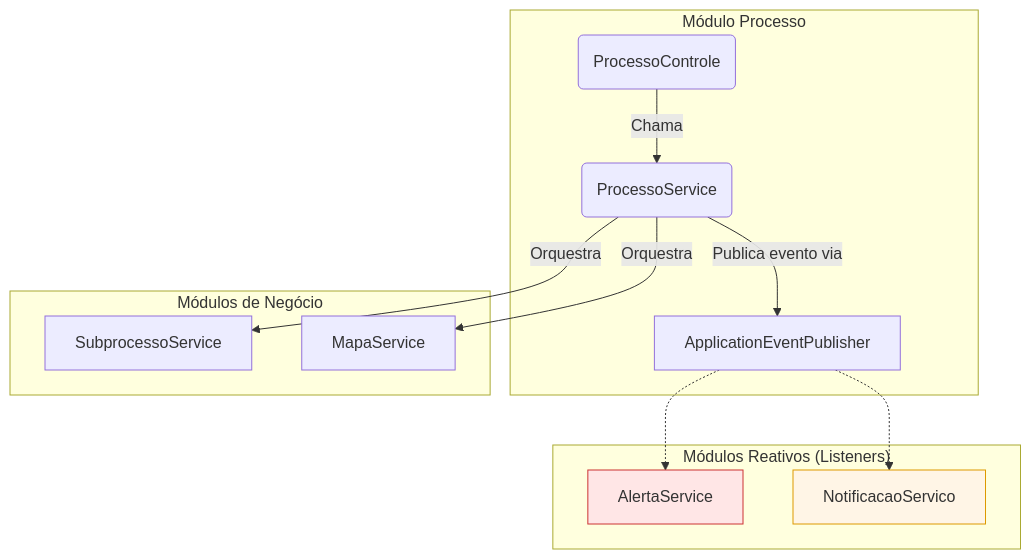
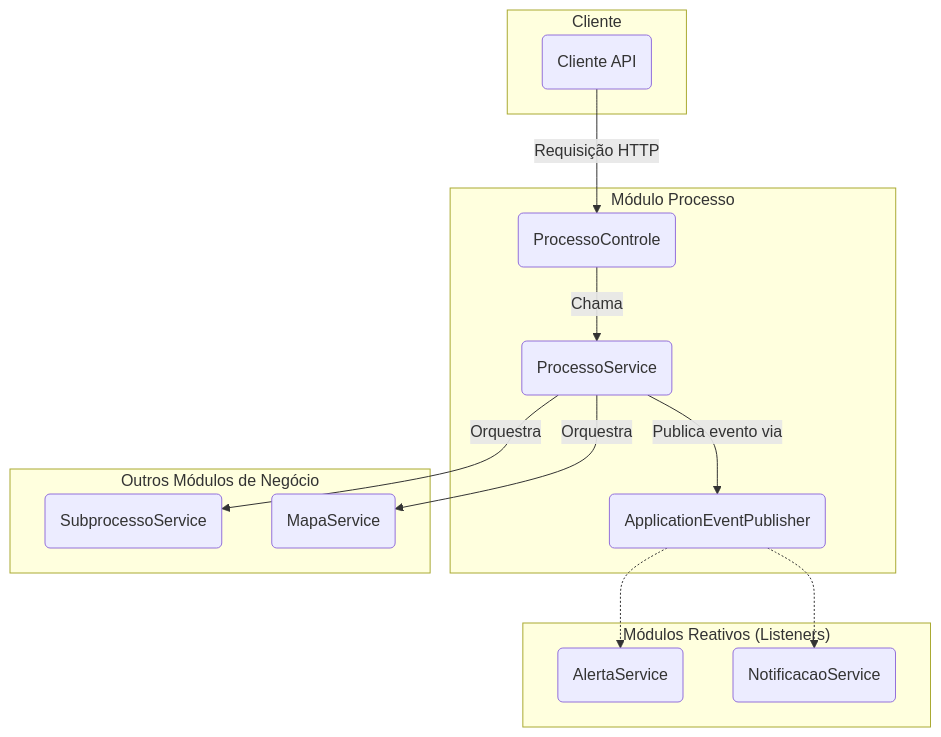
The diagram in backend/src/main/java/sgc/processo/README.md (lgalvao/sgc), drawn with Mermaid before and after one commit. The commit also changed other lines of this file and 23 other files, not shown here.

First line of the commit message:
docs: Update all backend READMEs and add Mermaid diagrams

````diff
--- a/backend/src/main/java/sgc/processo/README.md
+++ b/backend/src/main/java/sgc/processo/README.md
@@ -57,29 +21,31 @@
 ```mermaid
 graph TD
-    subgraph "Módulo Processo"
-        A(ProcessoControle)
-        B(ProcessoService)
-        C[ApplicationEventPublisher]
+    subgraph "Cliente"
+        API(Cliente API)
     end
 
-    subgraph "Módulos de Negócio"
-        D[SubprocessoService]
-        E[MapaService]
+    subgraph "Módulo Processo"
+        Controle(ProcessoControle)
+        Servico(ProcessoService)
+        Publisher(ApplicationEventPublisher)
+    end
+
+    subgraph "Outros Módulos de Negócio"
+        SubprocessoService(SubprocessoService)
+        MapaService(MapaService)
     end
 
     subgraph "Módulos Reativos (Listeners)"
-        F[AlertaService]
-        G[NotificacaoServico]
+        AlertaService(AlertaService)
+        NotificacaoService(NotificacaoService)
     end
 
-    A -- Chama --> B
-    B -- Orquestra --> D
-    B -- Orquestra --> E
-    B -- Publica evento via --> C
+    API -- Requisição HTTP --> Controle
+    Controle -- Chama --> Servico
+    Servico -- Orquestra --> SubprocessoService
+    Servico -- Orquestra --> MapaService
+    Servico -- Publica evento via --> Publisher
 
-    C -.-> F
-    C -.-> G
-
-    style F fill:#ffe6e6,stroke:#c33
-    style G fill:#fff5e6,stroke:#d90
+    Publisher -.-> AlertaService
+    Publisher -.-> NotificacaoService
 ```
````
